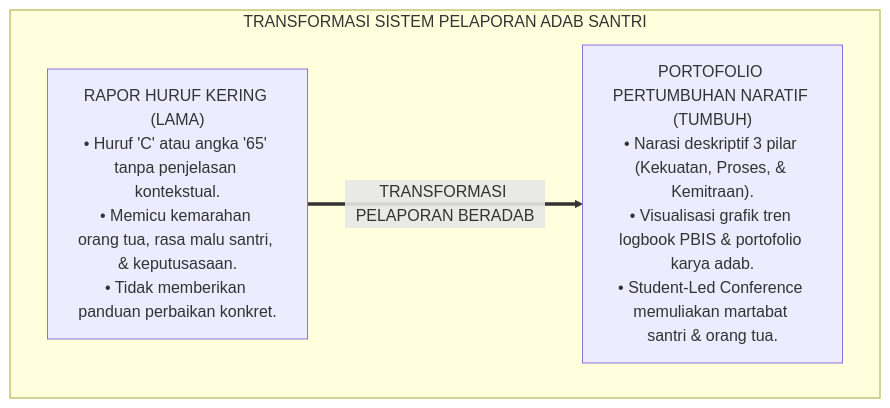
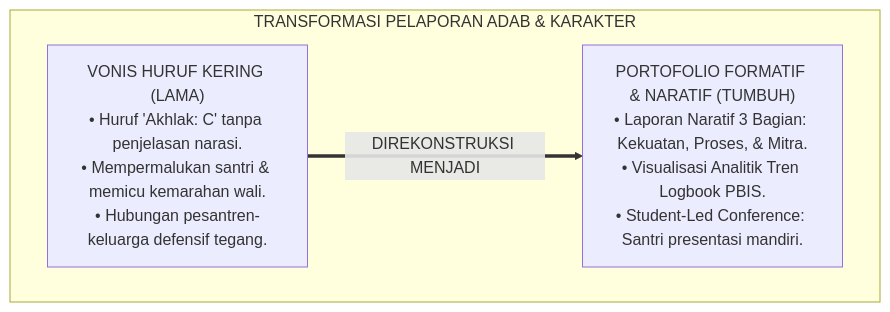
Before and after one commit to wandiapriliyandi/tumbuh: the first of 3 diagrams in 02 Principles/05 Assessment Principles/P2-05-04-Prinsip-Portofolio-Pertumbuhan-Formatif.md, drawn with Mermaid. The commit also changed other lines of this file and 6 other files, not shown here.

````diff
--- a/02 Principles/05 Assessment Principles/P2-05-04-Prinsip-Portofolio-Pertumbuhan-Formatif.md
+++ b/02 Principles/05 Assessment Principles/P2-05-04-Prinsip-Portofolio-Pertumbuhan-Formatif.md
@@ -62,10 +57,10 @@
 ```mermaid
 flowchart TD
-    subgraph TransformasiPelaporanKarakter["TRANSFORMASI SISTEM PELAPORAN ADAB SANTRI"]
-        RaporKering["RAPOR HURUF KERING (LAMA)<br/>• Huruf 'C' atau angka '65' tanpa penjelasan kontekstual.<br/>• Memicu kemarahan orang tua, rasa malu santri, & keputusasaan.<br/>• Tidak memberikan panduan perbaikan konkret."]
+    subgraph TransformasiPelaporanKarakter["TRANSFORMASI PELAPORAN ADAB & KARAKTER"]
+        PolaHurufLama["VONIS HURUF KERING (LAMA)<br/>• Huruf 'Akhlak: C' tanpa penjelasan narasi.<br/>• Mempermalukan santri & memicu kemarahan wali.<br/>• Hubungan pesantren-keluarga defensif tegang."]
         
-        PortofolioTUMBUH["PORTOFOLIO PERTUMBUHAN NARATIF (TUMBUH)<br/>• Narasi deskriptif 3 pilar (Kekuatan, Proses, & Kemitraan).<br/>• Visualisasi grafik tren logbook PBIS & portofolio karya adab.<br/>• Student-Led Conference memuliakan martabat santri & orang tua."]
+        PolaPortofolioTUMBUH["PORTOFOLIO FORMATIF & NARATIF (TUMBUH)<br/>• Laporan Naratif 3 Bagian: Kekuatan, Proses, & Mitra.<br/>• Visualisasi Analitik Tren Logbook PBIS.<br/>• Student-Led Conference: Santri presentasi mandiri."]
         
-        RaporKering ==>|TRANSFORMASI PELAPORAN BERADAB| PortofolioTUMBUH
+        PolaHurufLama ==>|DIREKONSTRUKSI MENJADI| PolaPortofolioTUMBUH
     end
 ```
````
